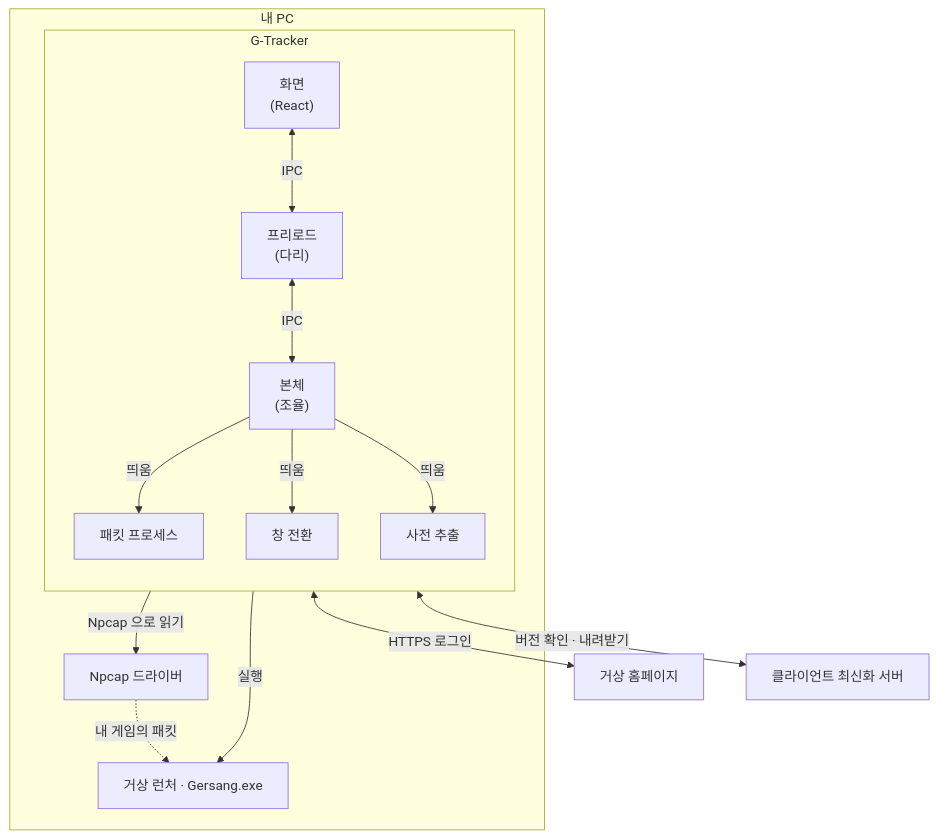
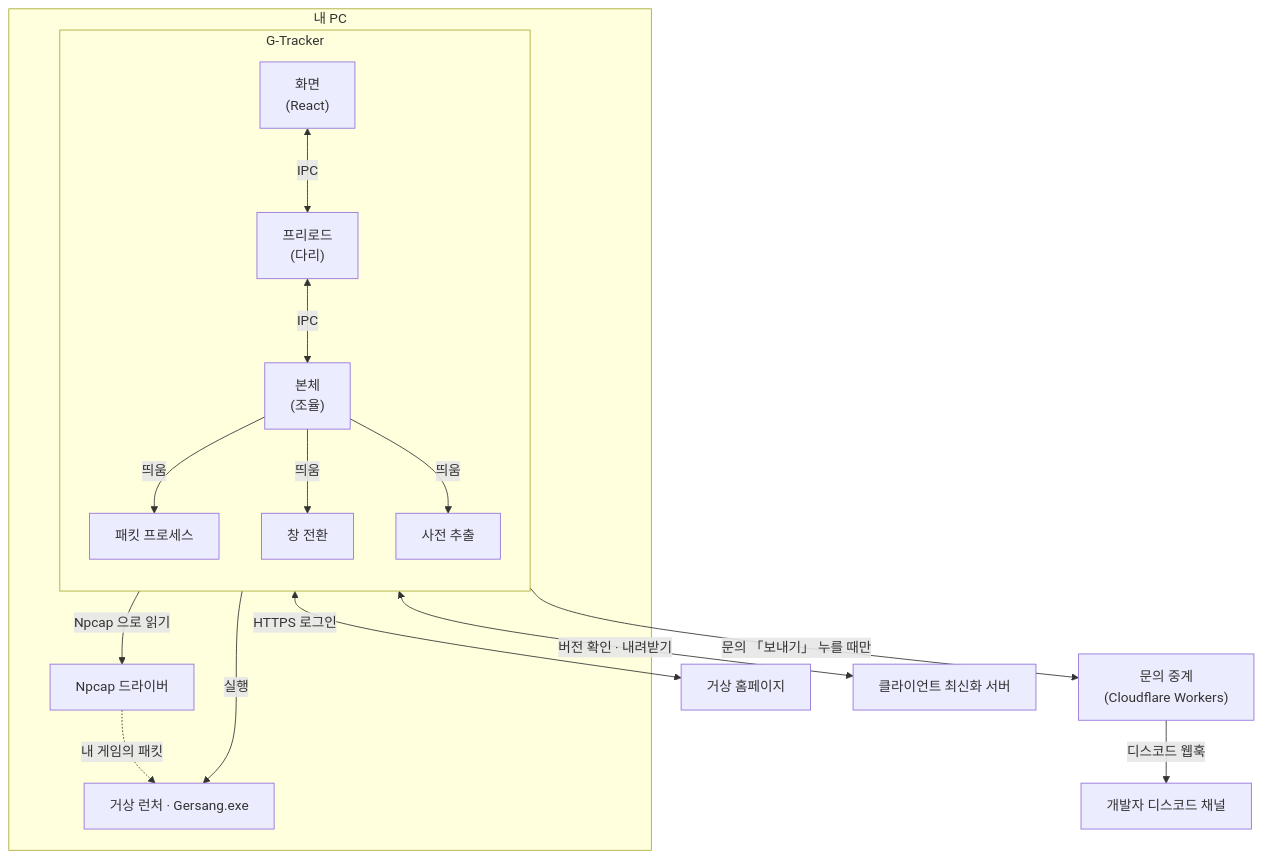
One commit to gtrackers/g-tracker changed the first of 4 diagrams in ARCHITECTURE.md. Above: the diagram before and after it, drawn with Mermaid. The commit also changed other lines of this file, not shown here.

Commit message:
docs(release): 구조 문서에 문의 중계(Cloudflare Workers)와 디스코드 웹훅을 추가

````diff
--- a/ARCHITECTURE.md
+++ b/ARCHITECTURE.md
@@ -15,29 +15,33 @@
 ```mermaid
 flowchart TB
     subgraph PC["내 PC"]
         subgraph App["G-Tracker"]
             direction TB
             R["화면<br/>(React)"]
             P["프리로드<br/>(다리)"]
             M["본체<br/>(조율)"]
             W1["패킷 프로세스"]
             W2["창 전환"]
             W3["사전 추출"]
         end
         NP["Npcap 드라이버"]
         L["거상 런처 · Gersang.exe"]
     end
     Site["거상 홈페이지"]
     CDN["클라이언트 최신화 서버"]
+    Relay["문의 중계<br/>(Cloudflare Workers)"]
+    Discord["개발자 디스코드 채널"]
 
     R <-->|IPC| P
     P <-->|IPC| M
     M -->|띄움| W1
     M -->|띄움| W2
     M -->|띄움| W3
     W1 -->|"Npcap 으로 읽기"| NP
     NP -.->|"내 게임의 패킷"| L
     M -->|실행| L
     M <-->|"HTTPS 로그인"| Site
     M <-->|"버전 확인 · 내려받기"| CDN
+    M -->|"문의 「보내기」 누를 때만"| Relay
+    Relay -->|"디스코드 웹훅"| Discord
 ```
````
